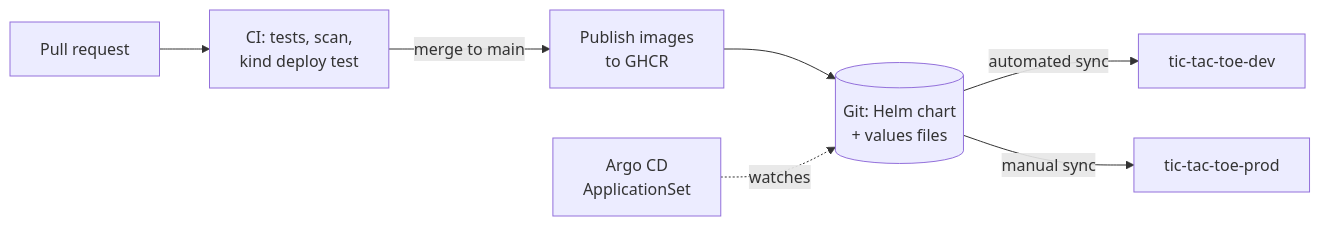
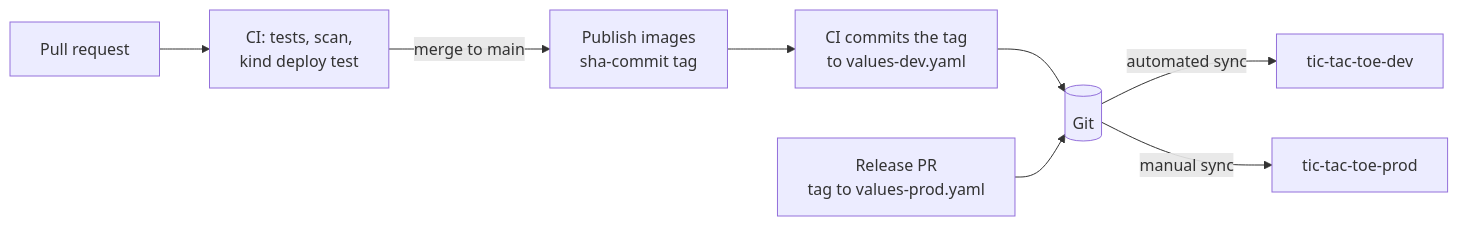
One commit to JonHadar/Tic-Tac-Toe-Game changed the diagram in deploy/README.md. Above: the diagram before and after it, drawn with Mermaid. The commit also changed other lines of this file and 3 other files, not shown here.

First line of the commit message:
CI: GitOps image promotion to dev, and a prod release script

````diff
--- a/deploy/README.md
+++ b/deploy/README.md
@@ -5,9 +5,10 @@
 ```mermaid
 flowchart LR
-    Dev[Pull request] --> CI[CI: tests, scan,<br/>kind deploy test]
-    CI -->|merge to main| Publish[Publish images<br/>to GHCR]
-    Publish --> Git[(Git: Helm chart<br/>+ values files)]
+    PR[Pull request] --> CI[CI: tests, scan,<br/>kind deploy test]
+    CI -->|merge to main| Publish[Publish images<br/>sha-commit tag]
+    Publish --> Bump[CI commits the tag<br/>to values-dev.yaml]
+    Bump --> Git[(Git)]
+    Release[Release PR<br/>tag to values-prod.yaml] --> Git
     Git -->|automated sync| DevEnv[tic-tac-toe-dev]
     Git -->|manual sync| ProdEnv[tic-tac-toe-prod]
-    Argo[Argo CD<br/>ApplicationSet] -.watches.-> Git
 ```
````
